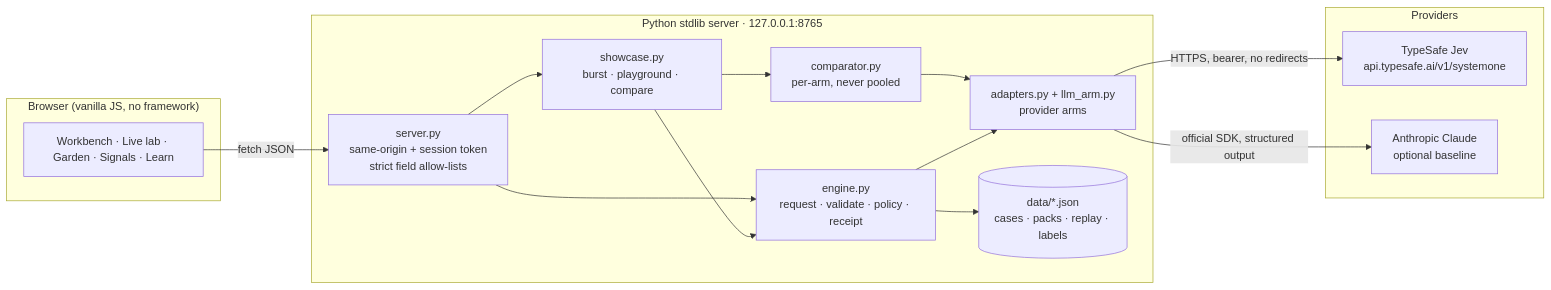
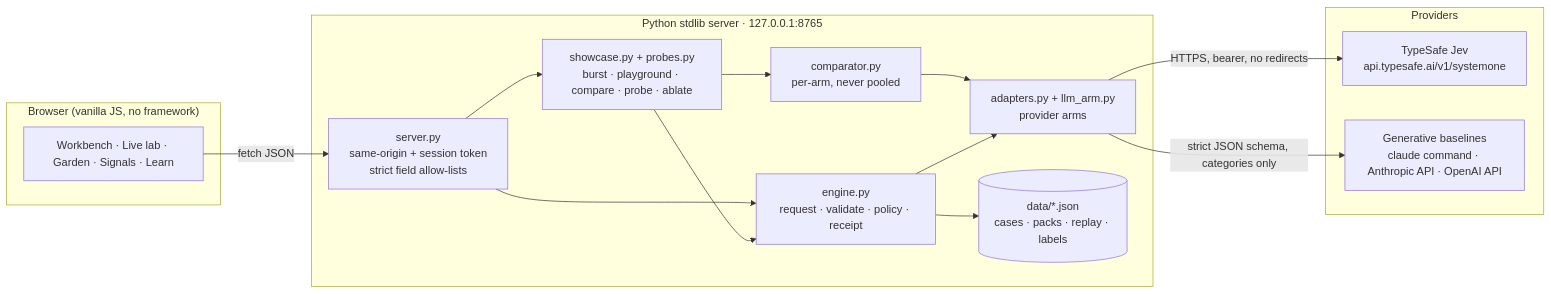
One commit to jlov7/jev-decision-lab changed the first of 2 diagrams in README.md. Above: the diagram before and after it, drawn with Mermaid. The commit also changed other lines of this file and 30 other files, not shown here.

````diff
--- a/README.md
+++ b/README.md
@@ -233,28 +233,28 @@
 ```mermaid
 flowchart LR
   subgraph Browser["Browser (vanilla JS, no framework)"]
     UI["Workbench · Live lab · Garden · Signals · Learn"]
   end
   subgraph Server["Python stdlib server · 127.0.0.1:8765"]
     S["server.py<br/>same-origin + session token<br/>strict field allow-lists"]
     E["engine.py<br/>request · validate · policy · receipt"]
-    SH["showcase.py<br/>burst · playground · compare"]
+    SH["showcase.py + probes.py<br/>burst · playground · compare · probe · ablate"]
     A["adapters.py + llm_arm.py<br/>provider arms"]
     C["comparator.py<br/>per-arm, never pooled"]
     D[("data/*.json<br/>cases · packs · replay · labels")]
   end
   subgraph Providers
     J["TypeSafe Jev<br/>api.typesafe.ai/v1/systemone"]
-    K["Anthropic Claude<br/>optional baseline"]
+    K["Generative baselines<br/>claude command · Anthropic API · OpenAI API"]
   end
   UI -- "fetch JSON" --> S
   S --> E
   S --> SH
   SH --> E
   SH --> C
   C --> A
   E --> A
   E --> D
   A -- "HTTPS, bearer, no redirects" --> J
-  A -- "official SDK, structured output" --> K
+  A -- "strict JSON schema, categories only" --> K
 ```
````
